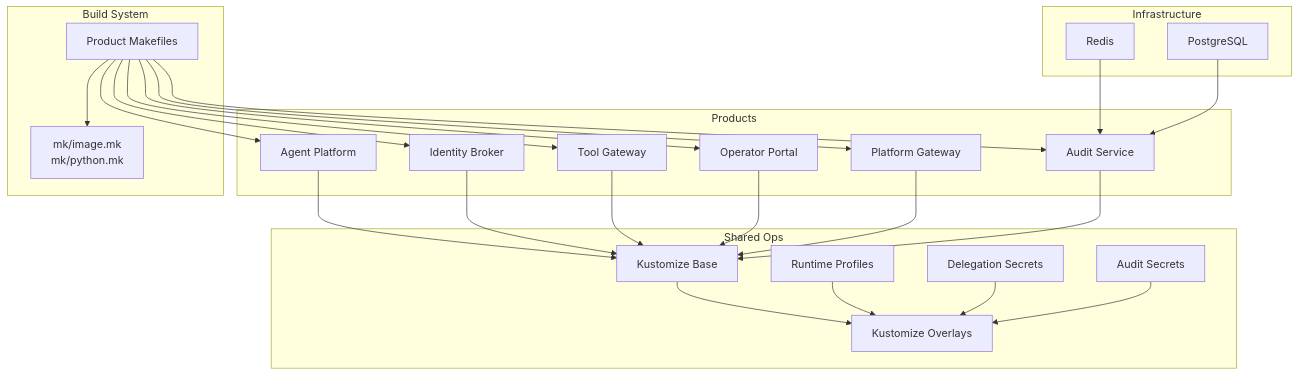
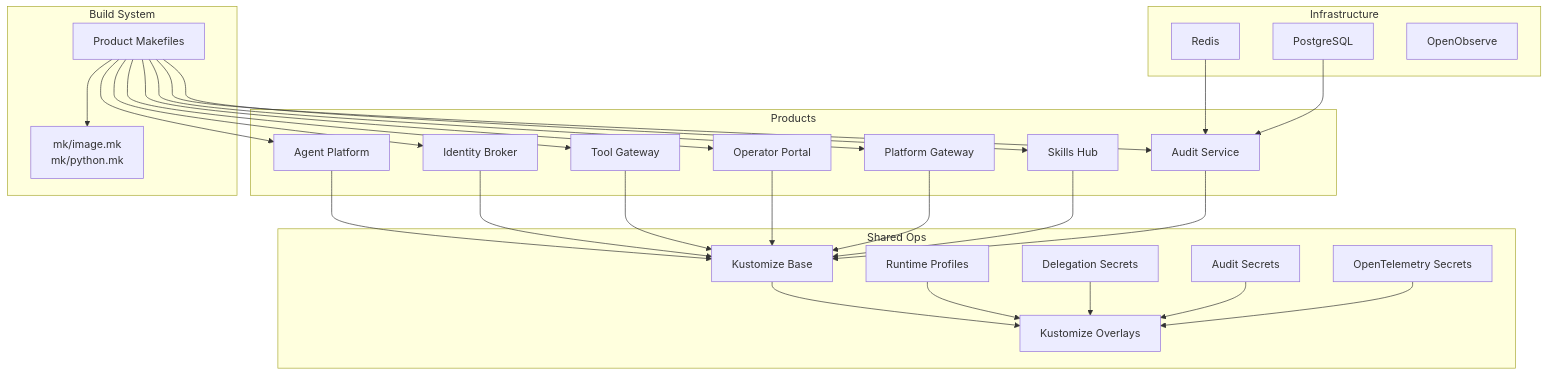
One commit to metasync/luban-aiops changed the first of 10 diagrams in .qoder/repowiki/en/content/Deployment and Operations/Deployment and Operations.md. Above: the diagram before and after it, drawn with Mermaid. The commit also changed other lines of this file and 71 other files, not shown here.

Commit message:
docs: refresh repowiki knowledge cache after OpenObserve telemetry enablement

````diff
--- a/.qoder/repowiki/en/content/Deployment and Operations/Deployment and Operations.md
+++ b/.qoder/repowiki/en/content/Deployment and Operations/Deployment and Operations.md
@@ -98,45 +101,51 @@
 ```mermaid
 graph TB
 subgraph "Products"
 AP["Agent Platform"]
 IB["Identity Broker"]
 TG["Tool Gateway"]
 OP["Operator Portal"]
 PG["Platform Gateway"]
 AS["Audit Service"]
+SH["Skills Hub"]
 end
 subgraph "Shared Ops"
 BASE["Kustomize Base"]
 OVL["Kustomize Overlays"]
 RP["Runtime Profiles"]
 DS["Delegation Secrets"]
 ASecrets["Audit Secrets"]
+OTEL["OpenTelemetry Secrets"]
 end
 subgraph "Infrastructure"
 Redis["Redis"]
 Postgres["PostgreSQL"]
+OO["OpenObserve"]
 end
 subgraph "Build System"
 MK["mk/image.mk<br/>mk/python.mk"]
 PMK["Product Makefiles"]
 end
 AP --> BASE
 IB --> BASE
 TG --> BASE
 OP --> BASE
 PG --> BASE
 AS --> BASE
+SH --> BASE
 BASE --> OVL
 RP --> OVL
 DS --> OVL
 ASecrets --> OVL
+OTEL --> OVL
 Redis --> AS
 Postgres --> AS
 PMK --> MK
 PMK --> AP
 PMK --> IB
 PMK --> TG
 PMK --> OP
 PMK --> PG
 PMK --> AS
+PMK --> SH
 ```
````
